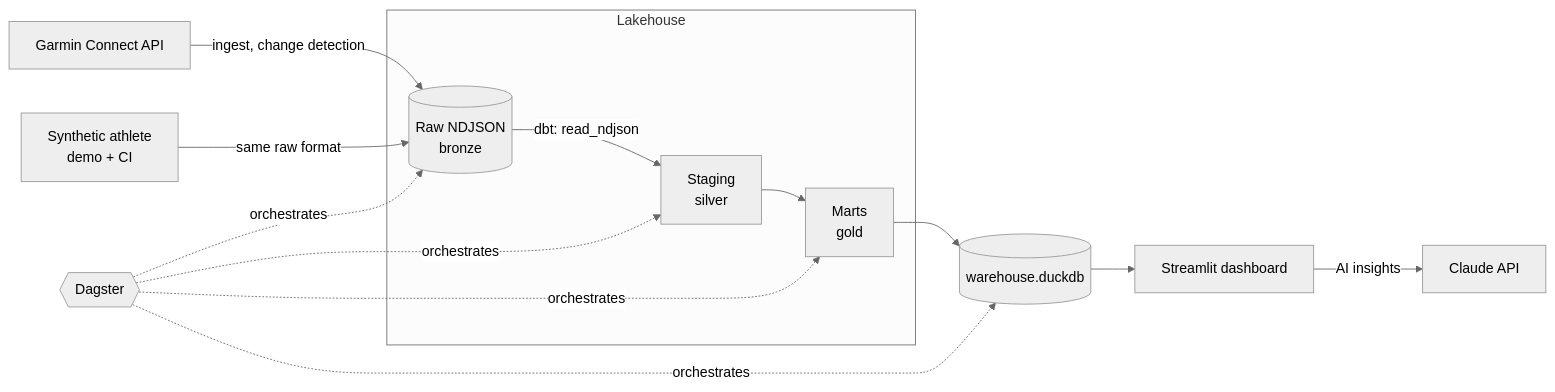
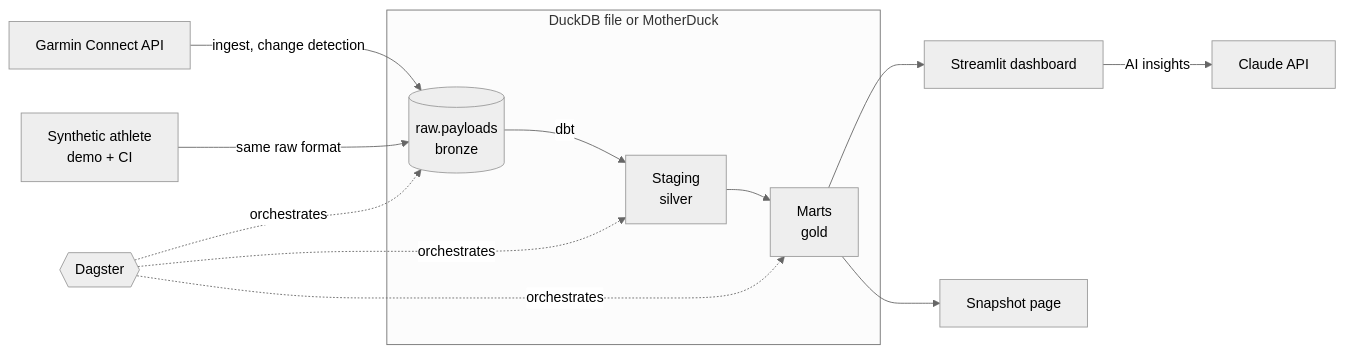
The diagram in README.md (arnogarstman/garmin_project), drawn with Mermaid (neutral theme) before and after one commit. The commit also changed other lines of this file and 77 other files, not shown here.

First line of the commit message:
Replace Azure with MotherDuck; raw layer as database tables

````diff
--- a/README.md
+++ b/README.md
@@ -19,13 +18,13 @@
 ```mermaid
 flowchart LR
     G[Garmin Connect API] -->|ingest, change detection| R
     S[Synthetic athlete<br/>demo + CI] -->|same raw format| R
-    subgraph Lakehouse
-        R[(Raw NDJSON<br/>bronze)] -->|dbt: read_ndjson| ST[Staging<br/>silver]
+    subgraph DB[DuckDB file or MotherDuck]
+        R[(raw.payloads<br/>bronze)] -->|dbt| ST[Staging<br/>silver]
         ST --> M[Marts<br/>gold]
     end
-    M --> W[(warehouse.duckdb)]
-    W --> D[Streamlit dashboard]
+    M --> D[Streamlit dashboard]
+    M --> P[Snapshot page]
     D -->|AI insights| C[Claude API]
-    O{{Dagster}} -.orchestrates.-> R & ST & M & W
+    O{{Dagster}} -.orchestrates.-> R & ST & M
 ```
````
